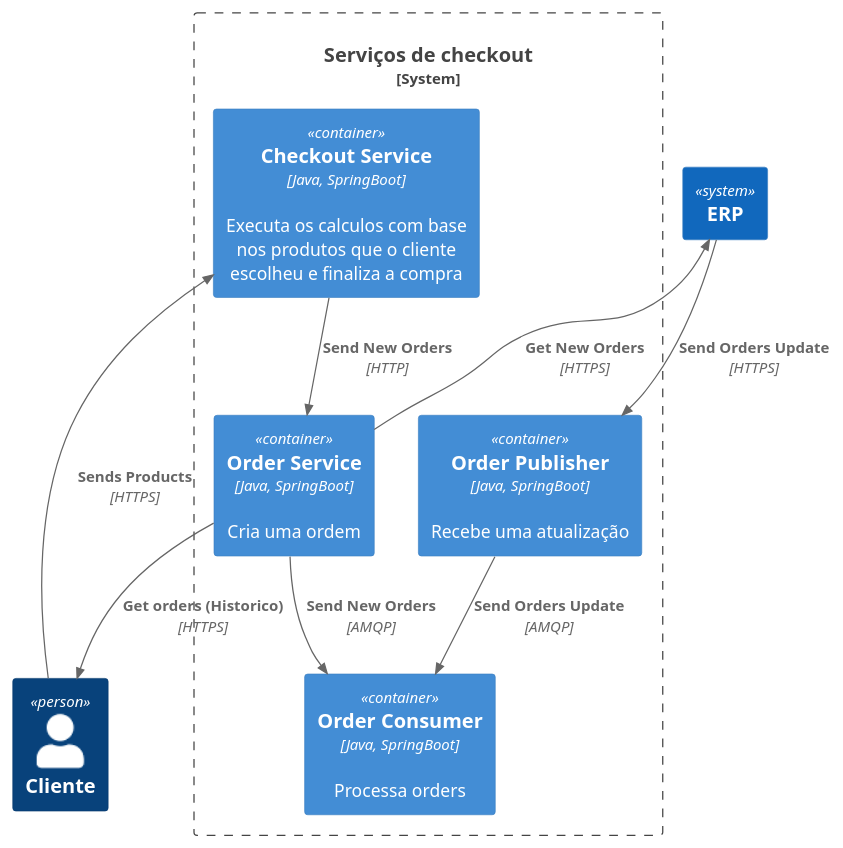
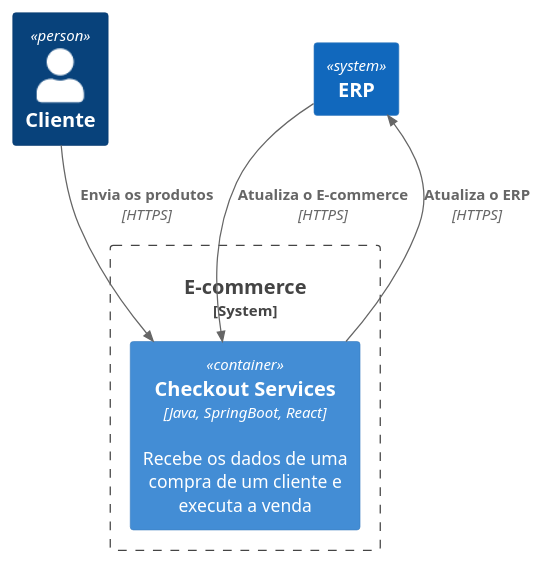
The diagram in Legado/Legado-C1.plantuml (lvictor05/IGTI-ProjetoFinal), drawn with PlantUML before and after one commit. The commit also changed 2 other files, not shown here.

```diff
--- a/Legado/Legado-C1.plantuml
+++ b/Legado/Legado-C1.plantuml
@@ -1,21 +1,14 @@
 @startuml C1 - Legado
 !include https://raw.githubusercontent.com/plantuml-stdlib/C4-PlantUML/master/C4_Container.puml
 
 Person(cliente, "Cliente")
 
-System_Boundary(b_checkout, "Serviços de checkout") {
-    Container(checkout, "Checkout Service", "Java, SpringBoot", "Executa os calculos com base nos produtos que o cliente escolheu e finaliza a compra")
-    Container(order_service, "Order Service", "Java, SpringBoot", "Cria uma ordem")
-    Container(order_consumer, "Order Consumer", "Java, SpringBoot", "Processa orders")
-    Container(order_publisher, "Order Publisher", "Java, SpringBoot", "Recebe uma atualização ")
+System_Boundary(b_checkout, "E-commerce") {
+    Container(checkout, "Checkout Services", "Java, SpringBoot, React", "Recebe os dados de uma compra de um cliente e executa a venda")
 }
 
 System(erp, "ERP")
-Rel(cliente, checkout, "Sends Products", "HTTPS")
-Rel(order_service, cliente, "Get orders (Historico)", "HTTPS")
-Rel(checkout, order_service, "Send New Orders", "HTTP")
-Rel(order_service, order_consumer, "Send New Orders", "AMQP")
-Rel(order_publisher, order_consumer, "Send Orders Update", "AMQP")
-Rel(order_service, erp, "Get New Orders", "HTTPS")
-Rel(erp, order_publisher, "Send Orders Update", "HTTPS")
+Rel(cliente, checkout, "Envia os produtos", "HTTPS")
+Rel(checkout, erp, "Atualiza o ERP", "HTTPS")
+Rel(erp, checkout, "Atualiza o E-commerce", "HTTPS")
 @enduml
```
